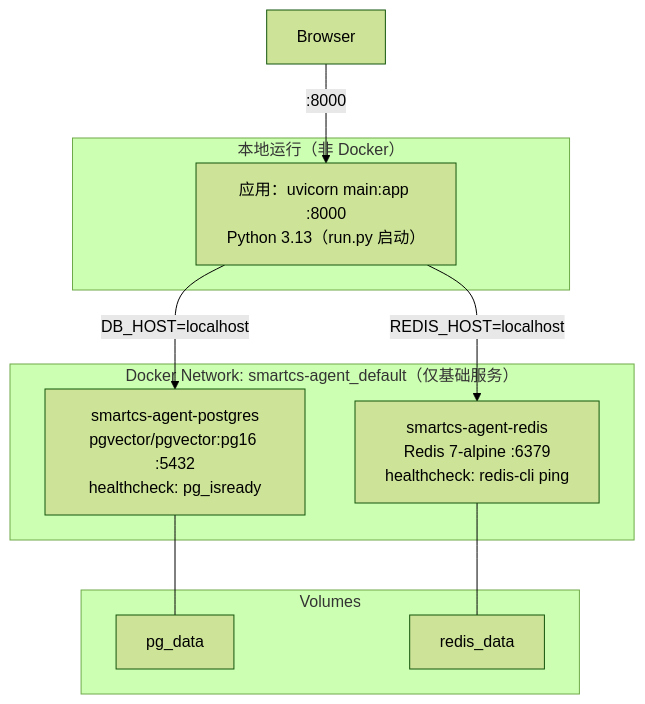
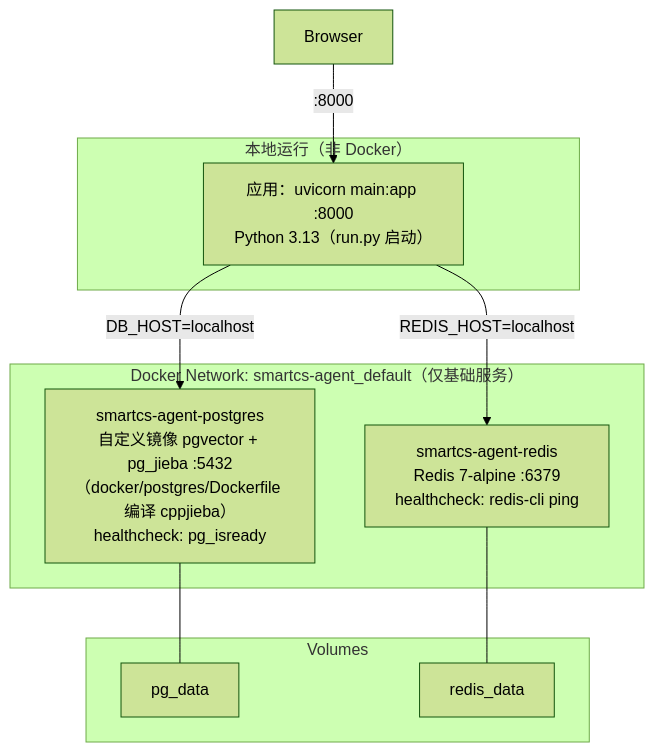
Diagram 13 of 14 in docs/PROJECT_ANALYSIS.md (blowt16/SmartCS-Agent), drawn with Mermaid (forest theme) before and after one commit. The commit also changed other lines of this file, not shown here.

````diff
--- a/docs/PROJECT_ANALYSIS.md
+++ b/docs/PROJECT_ANALYSIS.md
@@ -904,22 +910,22 @@
 ```mermaid
 graph TB
     subgraph "Docker Network: smartcs-agent_default（仅基础服务）"
-        PG["smartcs-agent-postgres<br/>pgvector/pgvector:pg16 :5432<br/>healthcheck: pg_isready"]
+        PG["smartcs-agent-postgres<br/>自定义镜像 pgvector + pg_jieba :5432<br/>（docker/postgres/Dockerfile 编译 cppjieba）<br/>healthcheck: pg_isready"]
         REDIS["smartcs-agent-redis<br/>Redis 7-alpine :6379<br/>healthcheck: redis-cli ping"]
     end
 
     subgraph "本地运行（非 Docker）"
         APP["应用：uvicorn main:app :8000<br/>Python 3.13（run.py 启动）"]
     end
 
     subgraph "Volumes"
         V1["pg_data"]
         V2["redis_data"]
     end
 
     Browser -->|":8000"| APP
     APP -->|"DB_HOST=localhost"| PG
     APP -->|"REDIS_HOST=localhost"| REDIS
     PG --- V1
     REDIS --- V2
 ```
````
